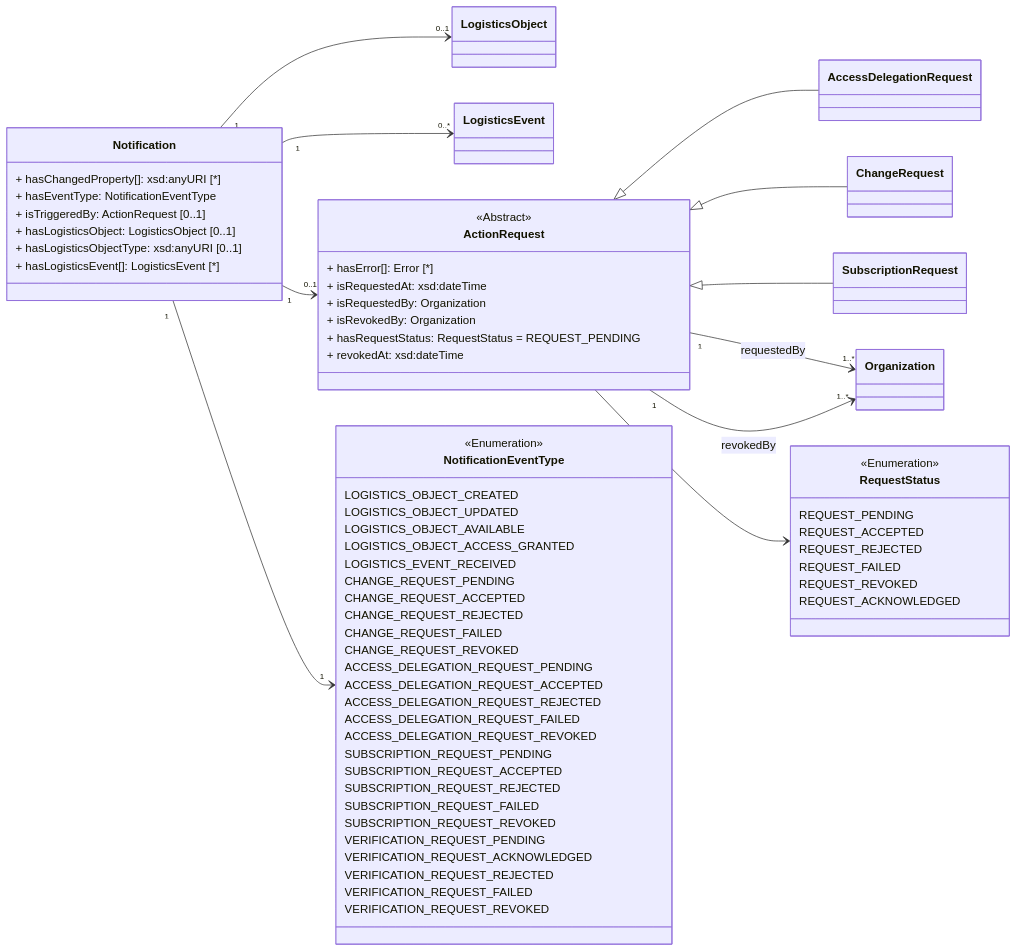
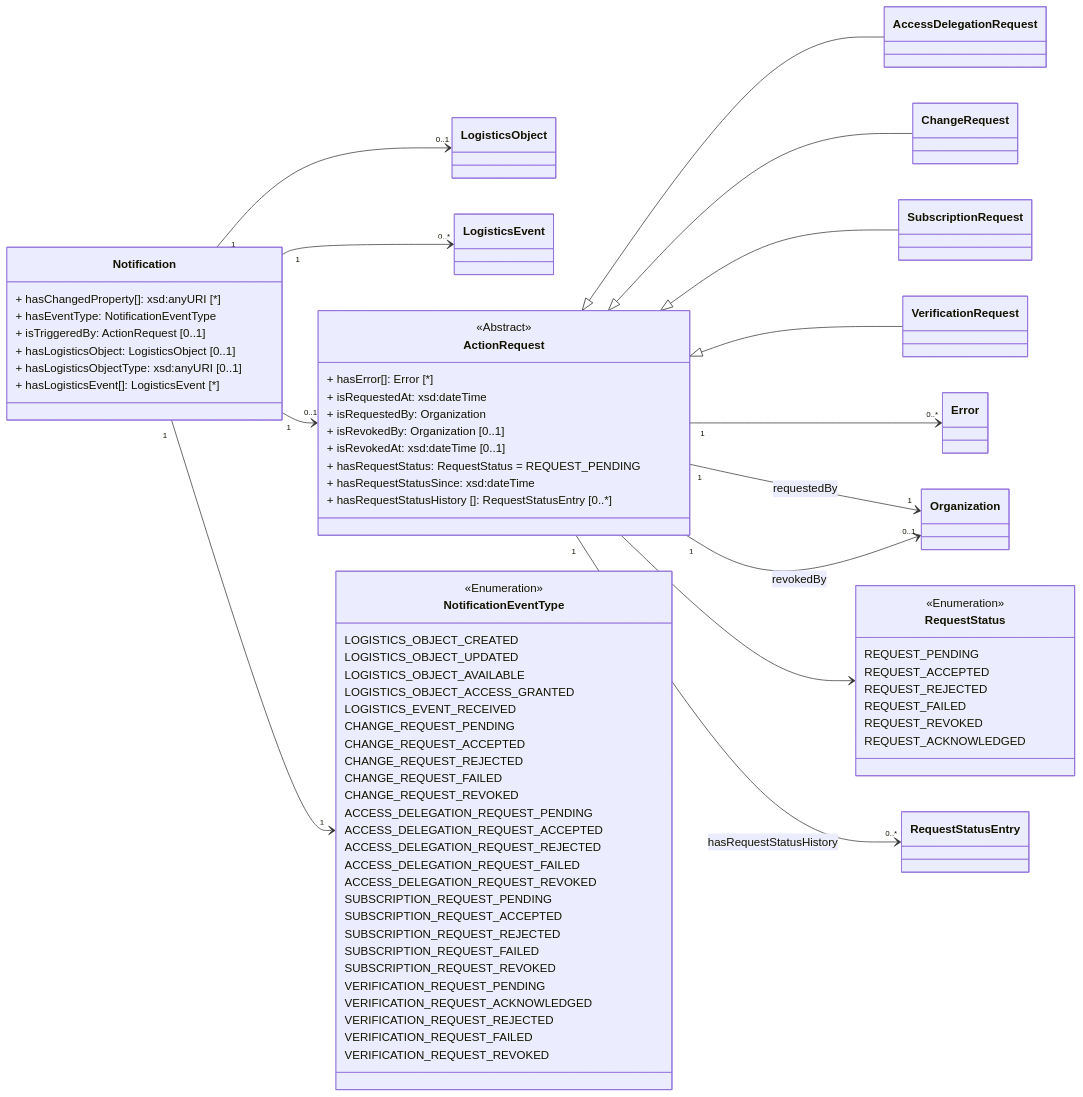
One commit to IATA-Cargo/ONE-Record changed the diagram in Documentation_website/docs/API-Security/notifications.md. Above: the diagram before and after it, drawn with Mermaid. The commit also changed other lines of this file and 14 other files, not shown here.

Commit message:
Unable to determine the acceptance date of a change request #315 + several typos fixes

```diff
--- a/Documentation_website/docs/API-Security/notifications.md
+++ b/Documentation_website/docs/API-Security/notifications.md
@@ -41,18 +41,26 @@
         + hasError[]: Error [*]
         + isRequestedAt: xsd:dateTime         
         + isRequestedBy: Organization            
-        + isRevokedBy: Organization 
+        + isRevokedBy: Organization [0..1]
+        + isRevokedAt: xsd:dateTime [0..1] 
         + hasRequestStatus: RequestStatus = REQUEST_PENDING
-        + revokedAt: xsd:dateTime                 
+        + hasRequestStatusSince: xsd:dateTime
+        + hasRequestStatusHistory []: RequestStatusEntry [0..*]                  
     }
+
     ActionRequest <|-- AccessDelegationRequest
     ActionRequest <|-- ChangeRequest
     ActionRequest <|-- SubscriptionRequest
+    ActionRequest <|-- VerificationRequest
 
-    ActionRequest "1" --> "1..*" Organization : requestedBy    
+    ActionRequest "1" --> "0..*" Error     
+    ActionRequest "1" --> "1" Organization : requestedBy    
     ActionRequest --> RequestStatus                
-    ActionRequest "1" --> "1..*" Organization : revokedBy
+    ActionRequest "1" --> "0..1" Organization : revokedBy
+    ActionRequest "1" --> "0..*" RequestStatusEntry : hasRequestStatusHistory
 
+    class RequestStatusEntry{
+    }
     class Notification{
         + hasChangedProperty[]: xsd:anyURI [*]        
         + hasEventType: NotificationEventType
@@ -61,6 +69,7 @@
         + hasLogisticsObjectType: xsd:anyURI [0..1] 
         + hasLogisticsEvent[]: LogisticsEvent [*]    
     }
+
     Notification "1"--> "0..1" LogisticsObject
     Notification "1" --> "1" NotificationEventType
     Notification "1" --> "0..1" ActionRequest 
```
